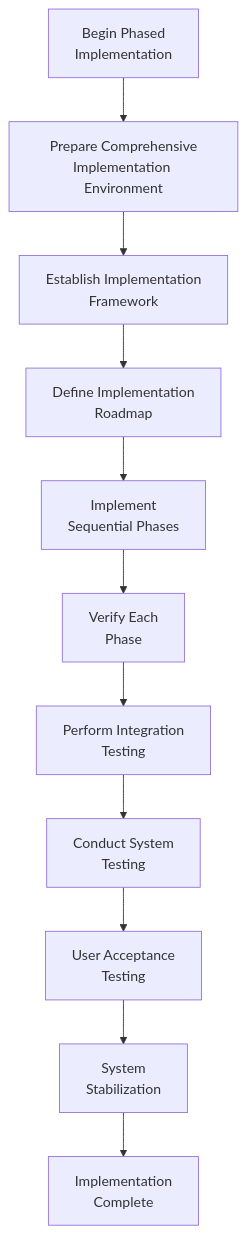
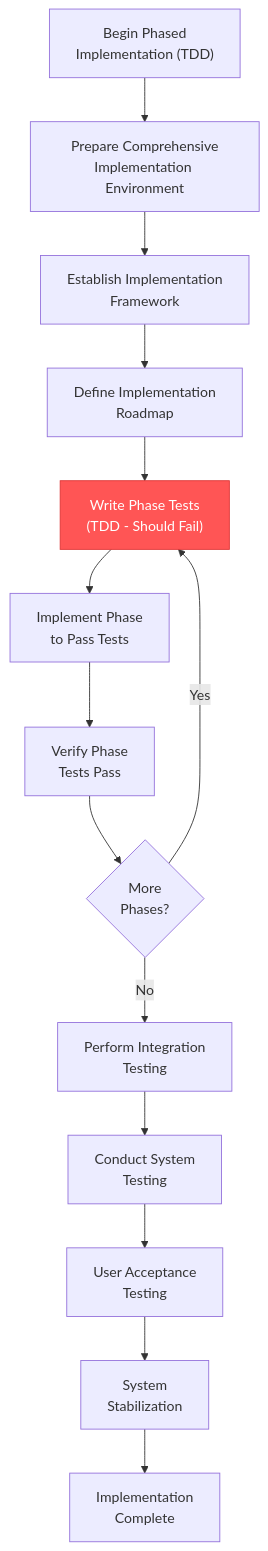
Before and after one commit to Texarkanine/.cursor-rules: the seventh of 10 diagrams in rulesets/niko/niko/Level4/workflow-level4.mdc, drawn with Mermaid. The commit also changed other lines of this file and 14 other files, not shown here.

````diff
--- a/rulesets/niko/niko/Level4/workflow-level4.mdc
+++ b/rulesets/niko/niko/Level4/workflow-level4.mdc
@@ -224,13 +224,18 @@
 ```mermaid
 graph TD
-    Start["Begin Phased<br>Implementation"] --> PrepEnv["Prepare Comprehensive<br>Implementation Environment"]
+    Start["Begin Phased<br>Implementation (TDD)"] --> PrepEnv["Prepare Comprehensive<br>Implementation Environment"]
     PrepEnv --> Framework["Establish Implementation<br>Framework"]
     Framework --> RoadmapDefine["Define Implementation<br>Roadmap"]
-    RoadmapDefine --> PhaseImplementation["Implement<br>Sequential Phases"]
-    PhaseImplementation --> PhaseVerification["Verify Each<br>Phase"]
-    PhaseVerification --> Integration["Perform Integration<br>Testing"]
+    RoadmapDefine --> WritePhaseTests["Write Phase Tests<br>(TDD - Should Fail)"]
+    WritePhaseTests --> PhaseImplementation["Implement Phase<br>to Pass Tests"]
+    PhaseImplementation --> PhaseVerification["Verify Phase<br>Tests Pass"]
+    PhaseVerification --> MorePhases{"More<br>Phases?"}
+    MorePhases -->|"Yes"| WritePhaseTests
+    MorePhases -->|"No"| Integration["Perform Integration<br>Testing"]
     Integration --> SystemTest["Conduct System<br>Testing"]
     SystemTest --> UAT["User Acceptance<br>Testing"]
     UAT --> Stabilization["System<br>Stabilization"]
     Stabilization --> ImplComplete["Implementation<br>Complete"]
+    
+    style WritePhaseTests fill:#ff5555,stroke:#dd3333,color:white
 ```
````
